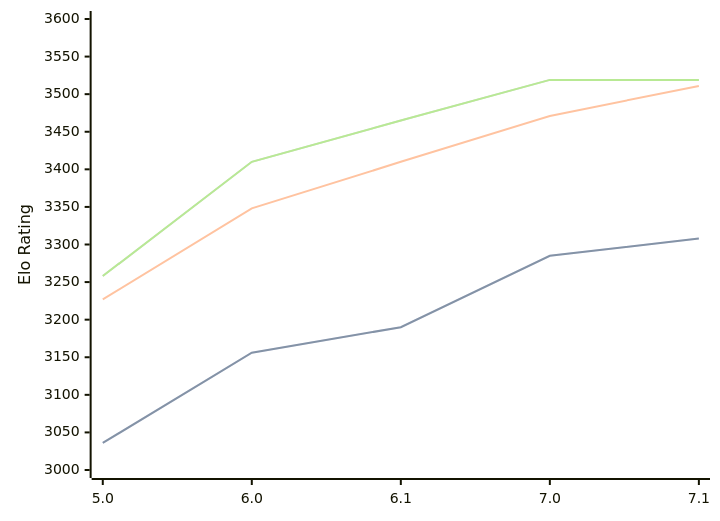
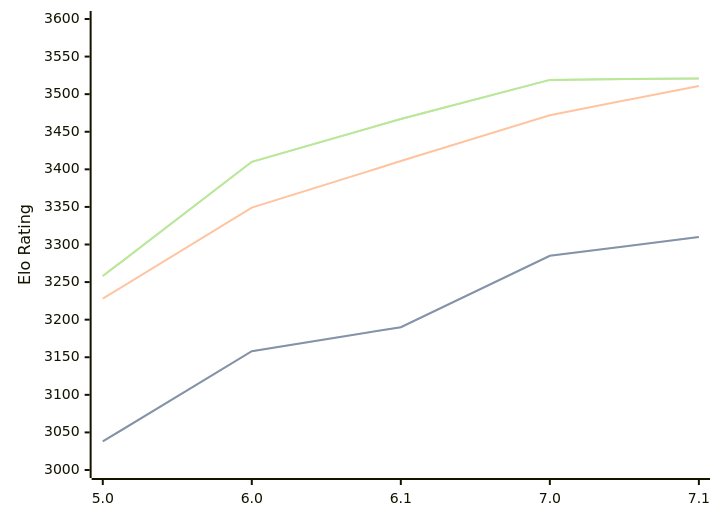
One commit to computer-chess-index/cci changed the diagram in engines/PZChessBot.md. Above: the diagram before and after it, drawn with Mermaid. The commit also changed other lines of this file, not shown here.

Commit message:
Update CCI Ratings (ELO VLTC) - 2026-07-25

````diff
--- a/engines/PZChessBot.md
+++ b/engines/PZChessBot.md
@@ -44,11 +44,11 @@
 ```mermaid
 %%{init: {"theme":"base","themeVariables":{"seriesColors:['#a3a3a3','#222221','#faa371']}}}%%
 xychart-beta
   x-axis ["5.0", "6.0", "6.1", "7.0", "7.1"]
   y-axis "Elo Rating" 3000 --> 3600
-  line "STC (8.0+0.08s)" [3036, 3156, 3190, 3285, 3308]
-  line "STC (8.0+0.08s)" [3036, 3156, 3190, 3285, 3308]
-  line "LTC (60.0+0.60s)" [3227, 3348, 3410, 3471, 3511]
-  line "VLTC (2m24s+1.12s)" [3258, 3410, 3465, 3519, 3519]
-  line "VLTC (2m24s+1.12s)" [3258, 3410, 3465, 3519, 3519]
+  line "STC (8.0+0.08s)" [3038, 3158, 3190, 3285, 3310]
+  line "STC (8.0+0.08s)" [3038, 3158, 3190, 3285, 3310]
+  line "LTC (60.0+0.60s)" [3228, 3349, 3411, 3472, 3511]
+  line "VLTC (2m24s+1.12s)" [3258, 3410, 3467, 3519, 3521]
+  line "VLTC (2m24s+1.12s)" [3258, 3410, 3467, 3519, 3521]
 ```
````
